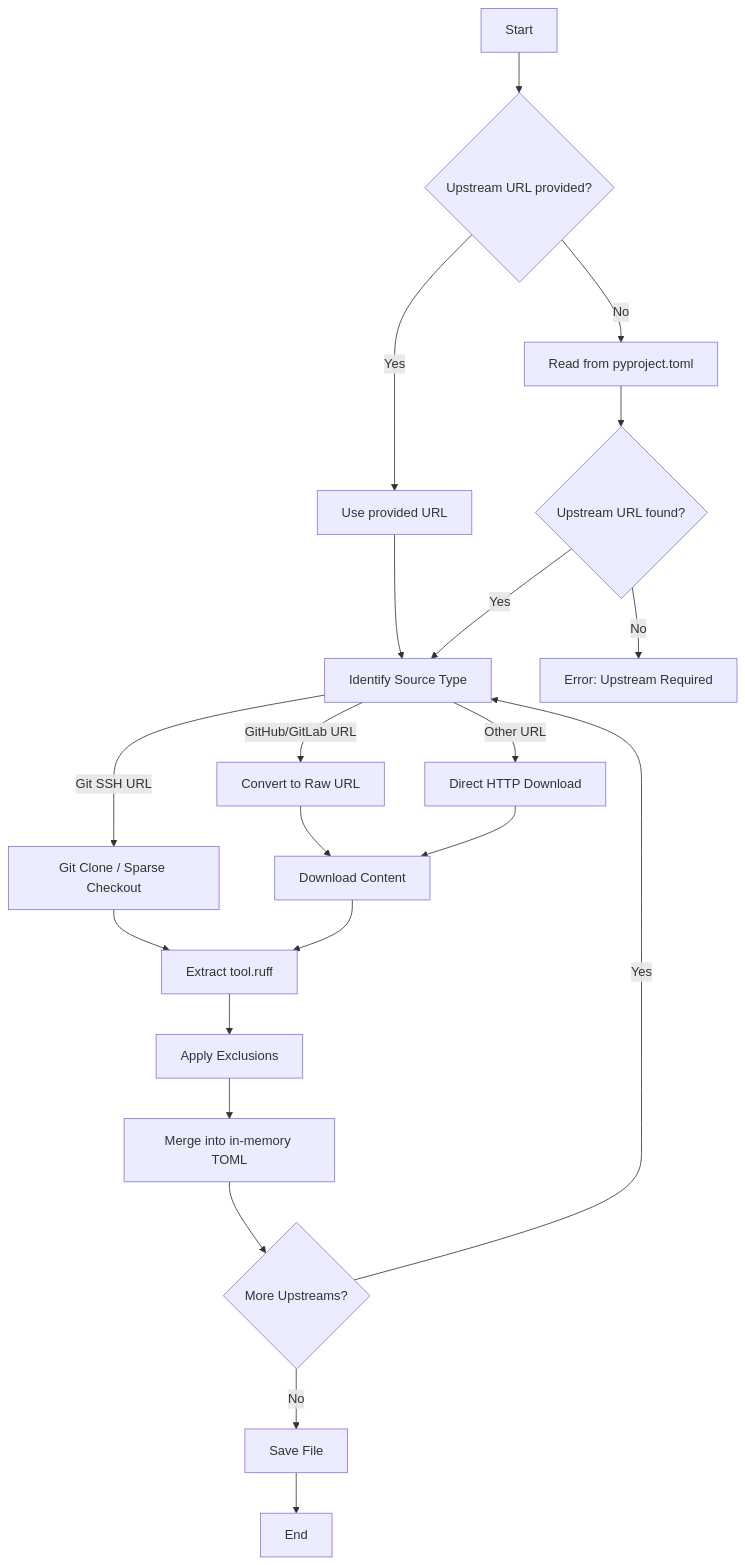
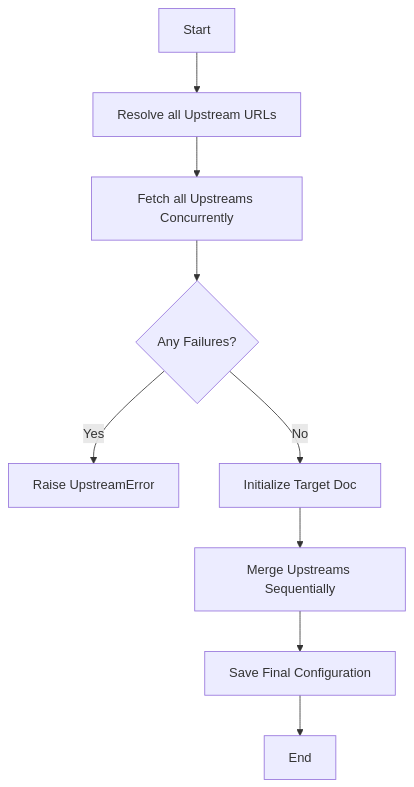
One commit to Kilo59/ruff-sync changed the diagram in docs/usage.md. Above: the diagram before and after it, drawn with Mermaid. The commit also changed other lines of this file and 9 other files, not shown here.

First line of the commit message:
feat: parallelize upstream configuration downloads (#112)

````diff
--- a/docs/usage.md
+++ b/docs/usage.md
@@ -135,23 +135,11 @@
 ```mermaid
 graph TD
-    A[Start] --> B{Upstream URL provided?}
-    B -- No --> C[Read from pyproject.toml]
-    B -- Yes --> D[Use provided URL]
-    C --> E{Upstream URL found?}
-    D --> F[Identify Source Type]
-    E -- No --> G[Error: Upstream Required]
-    E -- Yes --> F
-    F -- GitHub/GitLab URL --> H[Convert to Raw URL]
-    F -- Git SSH URL --> I[Git Clone / Sparse Checkout]
-    F -- Other URL --> J[Direct HTTP Download]
-    H --> K[Download Content]
-    J --> K
-    I --> L[Extract tool.ruff]
-    K --> L
-    L --> M[Apply Exclusions]
-    M --> N[Merge into in-memory TOML]
-    N --> Loop{More Upstreams?}
-    Loop -- Yes --> F
-    Loop -- No --> O[Save File]
-    O --> P[End]
+    A[Start] --> B[Resolve all Upstream URLs]
+    B --> C[Fetch all Upstreams Concurrently]
+    C --> D{Any Failures?}
+    D -- Yes --> E[Raise UpstreamError]
+    D -- No --> F[Initialize Target Doc]
+    F --> G[Merge Upstreams Sequentially]
+    G --> H[Save Final Configuration]
+    H --> I[End]
 ```
````
